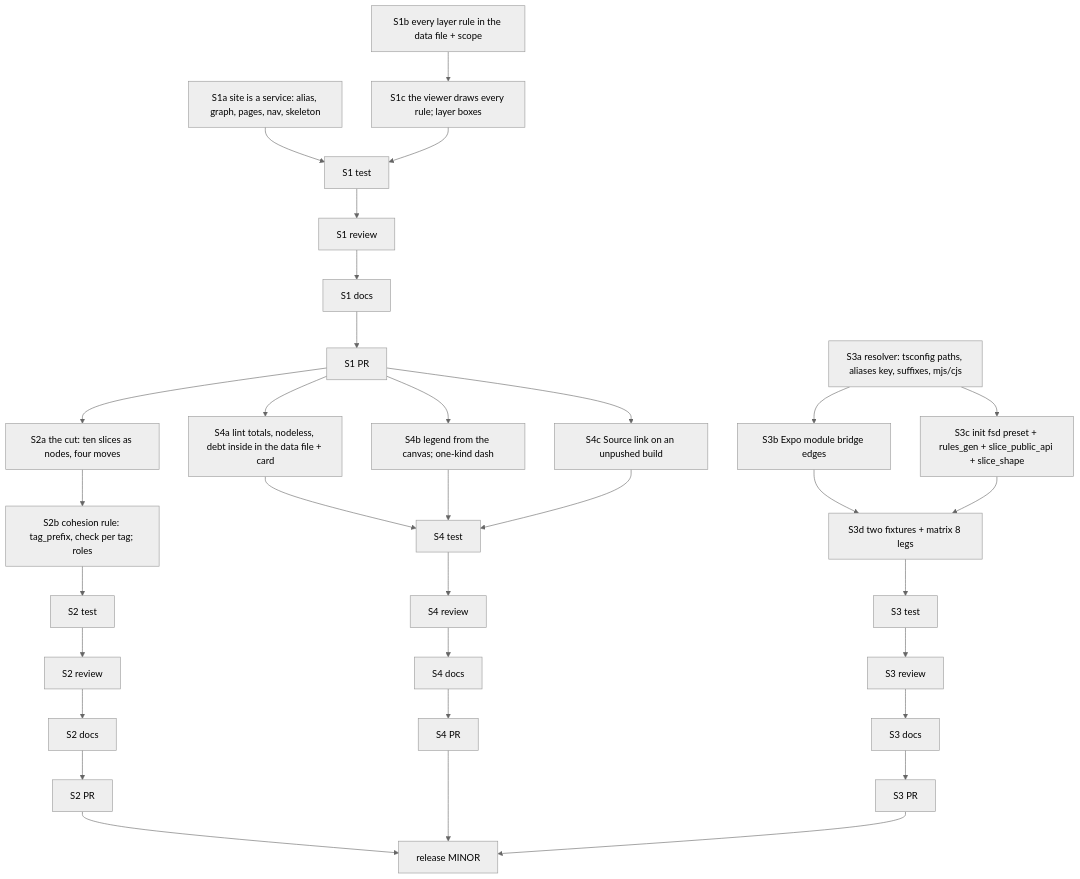
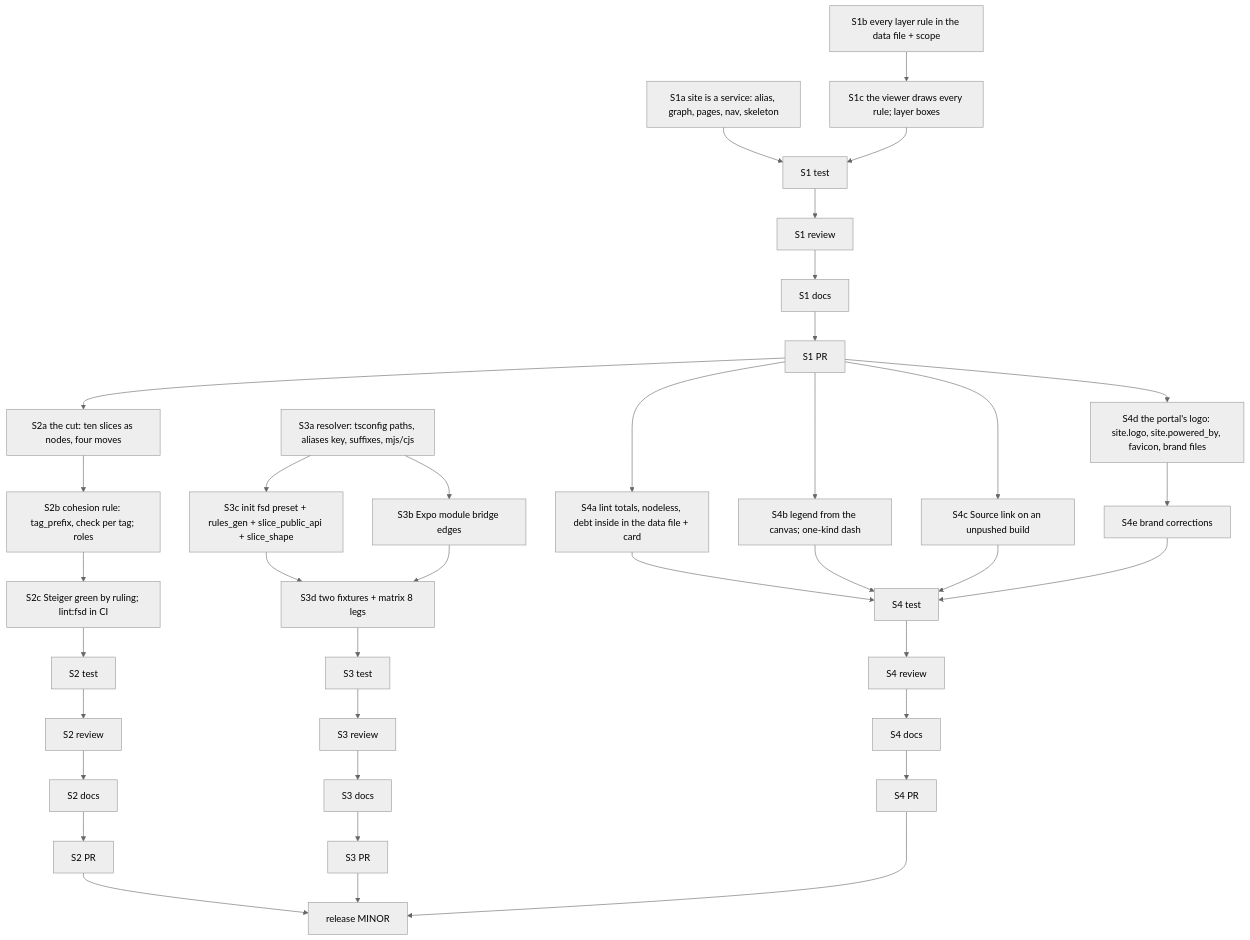
Before and after one commit to zoologov/beadloom: the diagram in .claude/development/docs/features/BDL-080/PLAN.md, drawn with Mermaid (neutral theme). The commit also changed other lines of this file and 5 other files, not shown here.

````diff
--- a/.claude/development/docs/features/BDL-080/PLAN.md
+++ b/.claude/development/docs/features/BDL-080/PLAN.md
@@ -16,25 +16,29 @@
 ```mermaid
 graph TD
     S1a[S1a site is a service: alias, graph, pages, nav, skeleton] --> S1T[S1 test]
     S1b[S1b every layer rule in the data file + scope] --> S1c[S1c the viewer draws every rule; layer boxes]
     S1c --> S1T
     S1T --> S1R[S1 review] --> S1W[S1 docs] --> S1P[S1 PR]
     S1P --> S2a[S2a the cut: ten slices as nodes, four moves]
     S2a --> S2b[S2b cohesion rule: tag_prefix, check per tag; roles]
-    S2b --> S2T[S2 test] --> S2R[S2 review] --> S2W[S2 docs] --> S2P[S2 PR]
+    S2b --> S2c[S2c Steiger green by ruling; lint:fsd in CI]
+    S2c --> S2T[S2 test] --> S2R[S2 review] --> S2W[S2 docs] --> S2P[S2 PR]
     S3a[S3a resolver: tsconfig paths, aliases key, suffixes, mjs/cjs] --> S3b[S3b Expo module bridge edges]
     S3a --> S3c[S3c init fsd preset + rules_gen + slice_public_api + slice_shape]
     S3c --> S3d[S3d two fixtures + matrix 8 legs]
     S3b --> S3d
     S3d --> S3T[S3 test] --> S3R[S3 review] --> S3W[S3 docs] --> S3P[S3 PR]
     S1P --> S4a[S4a lint totals, nodeless, debt inside in the data file + card]
     S1P --> S4b[S4b legend from the canvas; one-kind dash]
     S1P --> S4c[S4c Source link on an unpushed build]
+    S1P --> S4d[S4d the portal's logo: site.logo, site.powered_by, favicon, brand files]
     S4a --> S4T[S4 test]
     S4b --> S4T
     S4c --> S4T
+    S4d --> S4e[S4e brand corrections]
+    S4e --> S4T
     S4T --> S4R[S4 review] --> S4W[S4 docs] --> S4P[S4 PR]
     S2P --> REL[release MINOR]
     S3P --> REL
     S4P --> REL
 ```
````
